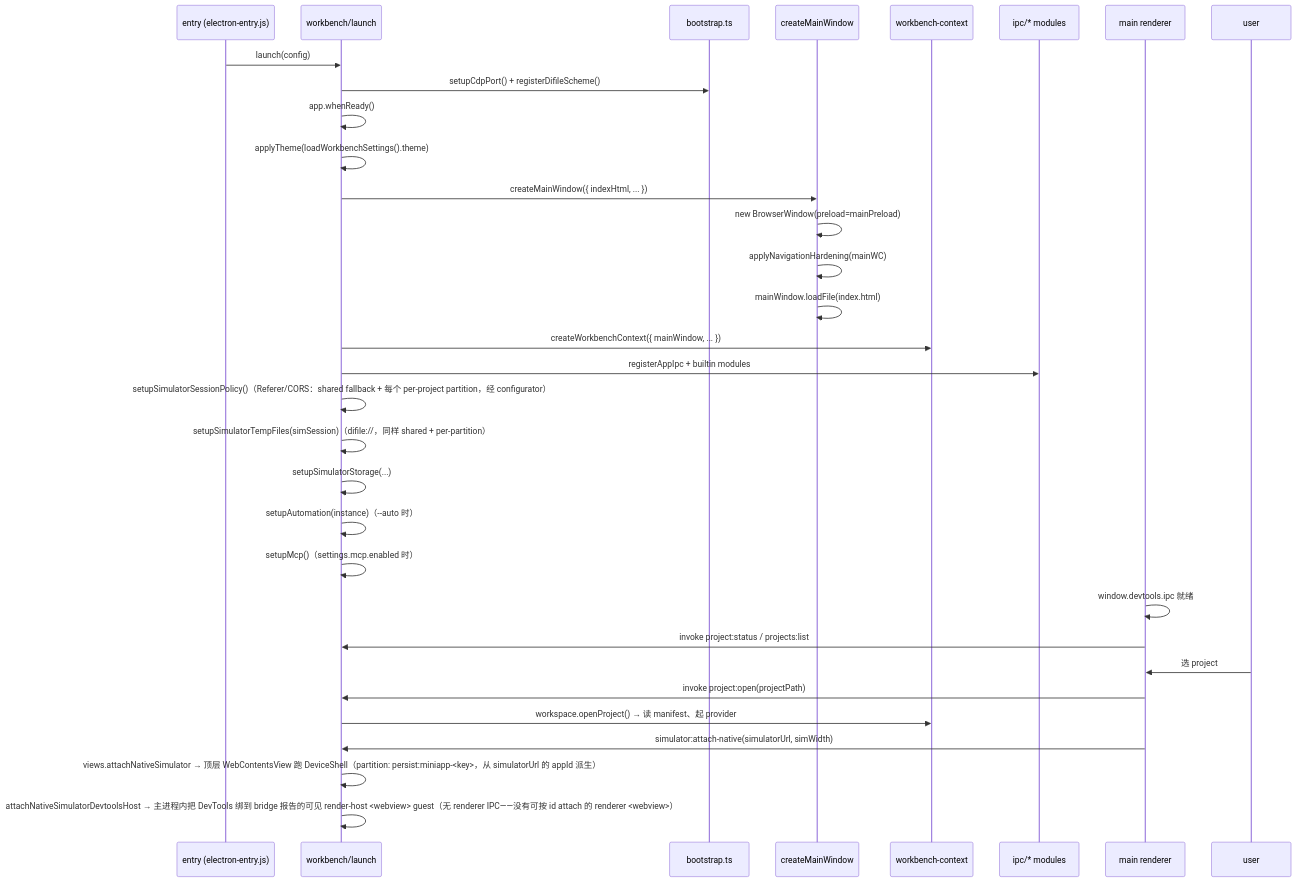
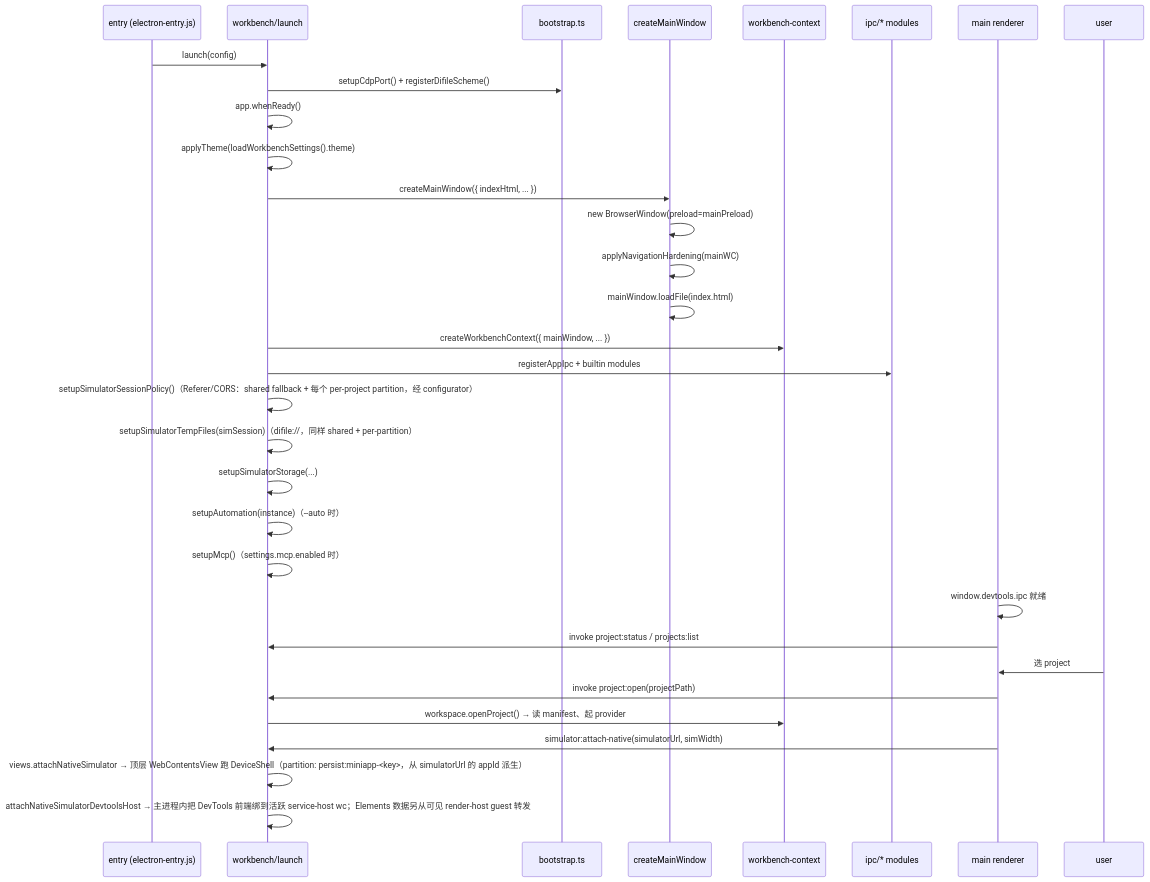
Before and after one commit to EchoTechFE/dimina-kit: the diagram in packages/devtools/docs/electron-container.md, drawn with Mermaid. The commit also changed other lines of this file and 65 other files, not shown here.

````diff
--- a/packages/devtools/docs/electron-container.md
+++ b/packages/devtools/docs/electron-container.md
@@ -377,35 +400,35 @@
 ```mermaid
 sequenceDiagram
   participant Entry as entry (electron-entry.js)
   participant App as workbench/launch
   participant Boot as bootstrap.ts
   participant Win as createMainWindow
   participant Ctx as workbench-context
   participant Ipc as ipc/* modules
   participant R as main renderer
   participant U as user
 
   Entry->>App: launch(config)
   App->>Boot: setupCdpPort() + registerDifileScheme()
   App->>App: app.whenReady()
   App->>App: applyTheme(loadWorkbenchSettings().theme)
   App->>Win: createMainWindow({ indexHtml, ... })
   Win->>Win: new BrowserWindow(preload=mainPreload)
   Win->>Win: applyNavigationHardening(mainWC)
   Win->>Win: mainWindow.loadFile(index.html)
   App->>Ctx: createWorkbenchContext({ mainWindow, ... })
   App->>Ipc: registerAppIpc + builtin modules
   App->>App: setupSimulatorSessionPolicy()（Referer/CORS：shared fallback + 每个 per-project partition，经 configurator）
   App->>App: setupSimulatorTempFiles(simSession)（difile://，同样 shared + per-partition）
   App->>App: setupSimulatorStorage(...)
   App->>App: setupAutomation(instance)（--auto 时）
   App->>App: setupMcp()（settings.mcp.enabled 时）
   R->>R: window.devtools.ipc 就绪
   R->>App: invoke project:status / projects:list
   U->>R: 选 project
   R->>App: invoke project:open(projectPath)
   App->>Ctx: workspace.openProject() → 读 manifest、起 provider
   R->>App: simulator:attach-native(simulatorUrl, simWidth)
   App->>App: views.attachNativeSimulator → 顶层 WebContentsView 跑 DeviceShell（partition: persist:miniapp-<key>，从 simulatorUrl 的 appId 派生）
-  App->>App: attachNativeSimulatorDevtoolsHost → 主进程内把 DevTools 绑到 bridge 报告的可见 render-host <webview> guest（无 renderer IPC——没有可按 id attach 的 renderer <webview>）
+  App->>App: attachNativeSimulatorDevtoolsHost → 主进程内把 DevTools 前端绑到活跃 service-host wc；Elements 数据另从可见 render-host guest 转发
 ```
````
